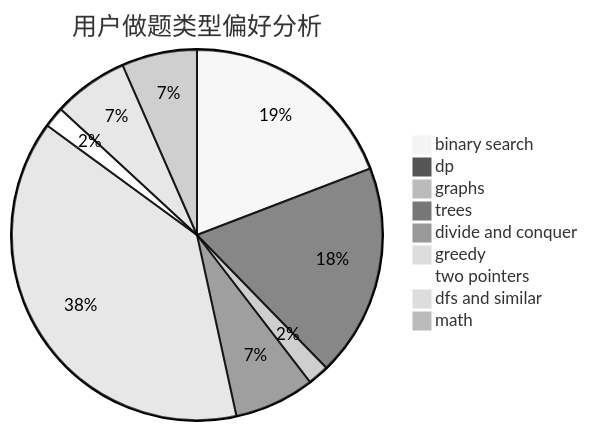
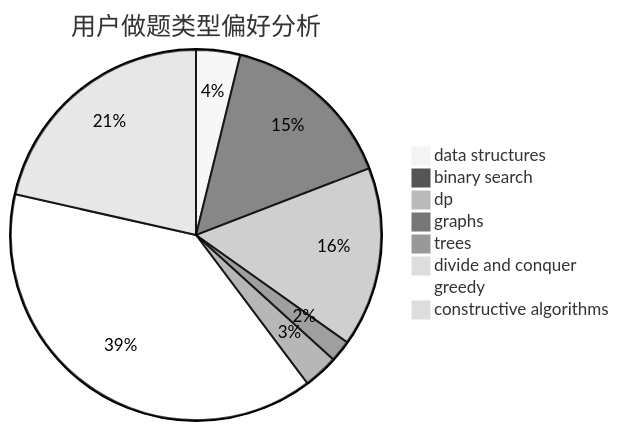
Before and after one commit to sherpahu/cfrs.github.io: the second of 3 diagrams in docs/user/u828.md, drawn with Mermaid (neutral theme). The commit also changed other lines of this file and 2775 other files, not shown here.

````diff
--- a/docs/user/u828.md
+++ b/docs/user/u828.md
@@ -23,12 +23,11 @@
 ```mermaid
 pie title 用户做题类型偏好分析
-    "binary search" :  432
-    "dp" :  418
-    "graphs" :  42
-    "trees" :  158
+    "data structures" :  71
+    "binary search" :  283
+    "dp" :  290
+    "graphs" :  35
+    "trees" :  56
     "divide and conquer" :  8
-    "greedy" :  867
-    "two pointers" :  41
-    "dfs and similar" :  148
-    "math" :  148
+    "greedy" :  717
+    "constructive algorithms" :  397
 ```
````
